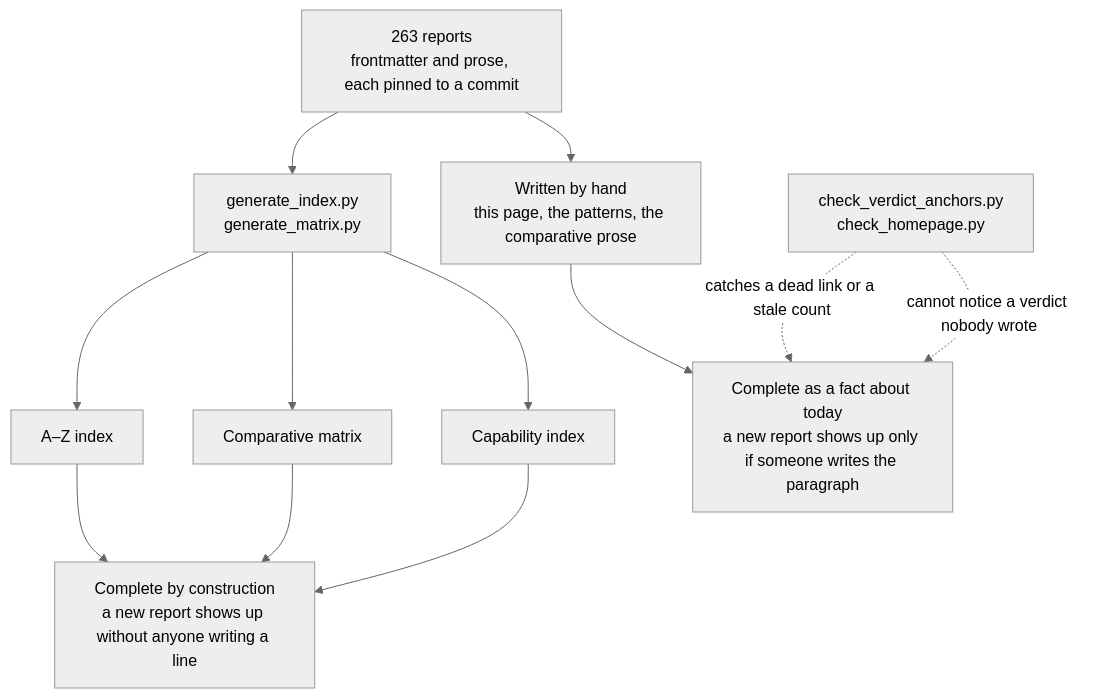
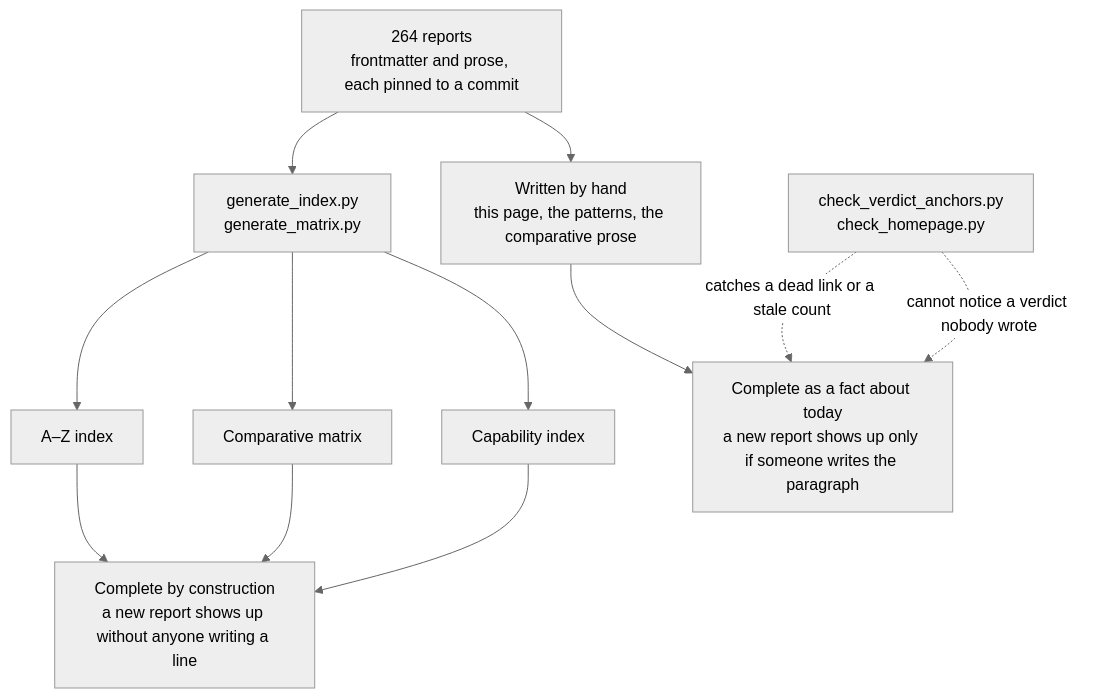
One commit to neoneye/agent-memory-atlas changed the diagram in content/verdicts.md. Above: the diagram before and after it, drawn with Mermaid (neutral theme). The commit also changed other lines of this file and 19 other files, not shown here.

````diff
--- a/content/verdicts.md
+++ b/content/verdicts.md
@@ -40,15 +40,15 @@
 ```mermaid
 flowchart TD
-    R["263 reports<br/>frontmatter and prose, each pinned to a commit"]
+    R["264 reports<br/>frontmatter and prose, each pinned to a commit"]
     R --> GEN["generate_index.py<br/>generate_matrix.py"]
     R --> HAND["Written by hand<br/>this page, the patterns, the comparative prose"]
     GEN --> AZ["A–Z index"]
     GEN --> MX["Comparative matrix"]
     GEN --> CI["Capability index"]
     AZ --> CONST["Complete by construction<br/>a new report shows up without anyone writing a line"]
     MX --> CONST
     CI --> CONST
     HAND --> TODAY["Complete as a fact about today<br/>a new report shows up only if someone writes the paragraph"]
     CHK["check_verdict_anchors.py<br/>check_homepage.py"] -.->|"catches a dead link or a stale count"| TODAY
     CHK -.->|"cannot notice a verdict nobody wrote"| TODAY
 ```
````
